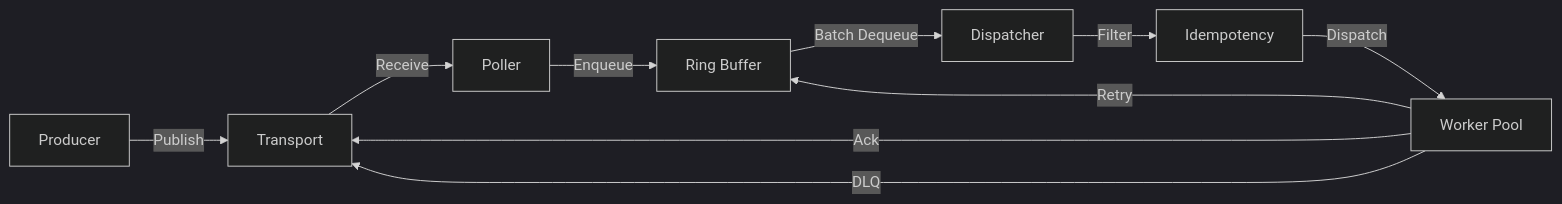
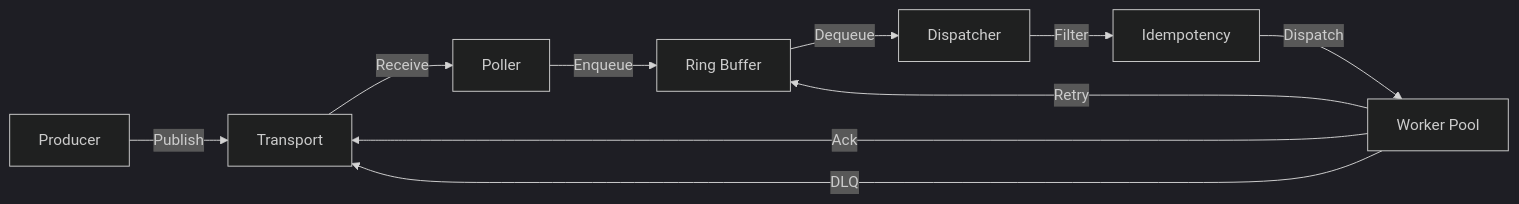
The first of 4 diagrams in docs/architecture.md (vianhanif/go-task-orbit), drawn with Mermaid (dark theme) before and after one commit. The commit also changed other lines of this file and 1 other file, not shown here.

First line of the commit message:
docs: use Mermaid code blocks in architecture.md + dark SVG reference

````diff
--- a/docs/architecture.md
+++ b/docs/architecture.md
@@ -7,12 +7,12 @@
 ```mermaid
 flowchart LR
-    Producer -->|Publish| Transport
-    Transport -->|Receive| Poller
-    Poller -->|Enqueue| Ring[Ring Buffer]
-    Ring -->|Batch Dequeue| Dispatcher
-    Dispatcher -->|Filter| Idem[Idempotency]
-    Idem -->|Dispatch| Workers[Worker Pool]
-    Workers -->|Ack| Transport
-    Workers -->|Retry| Ring
-    Workers -->|DLQ| Transport
+    Producer -->|"Publish"| Transport
+    Transport -->|"Receive"| Poller
+    Poller -->|"Enqueue"| Ring[Ring Buffer]
+    Ring -->|"Dequeue"| Dispatcher
+    Dispatcher -->|"Filter"| Idem[Idempotency]
+    Idem -->|"Dispatch"| Workers[Worker Pool]
+    Workers -->|"Ack"| Transport
+    Workers -->|"Retry"| Ring
+    Workers -->|"DLQ"| Transport
 ```
````
